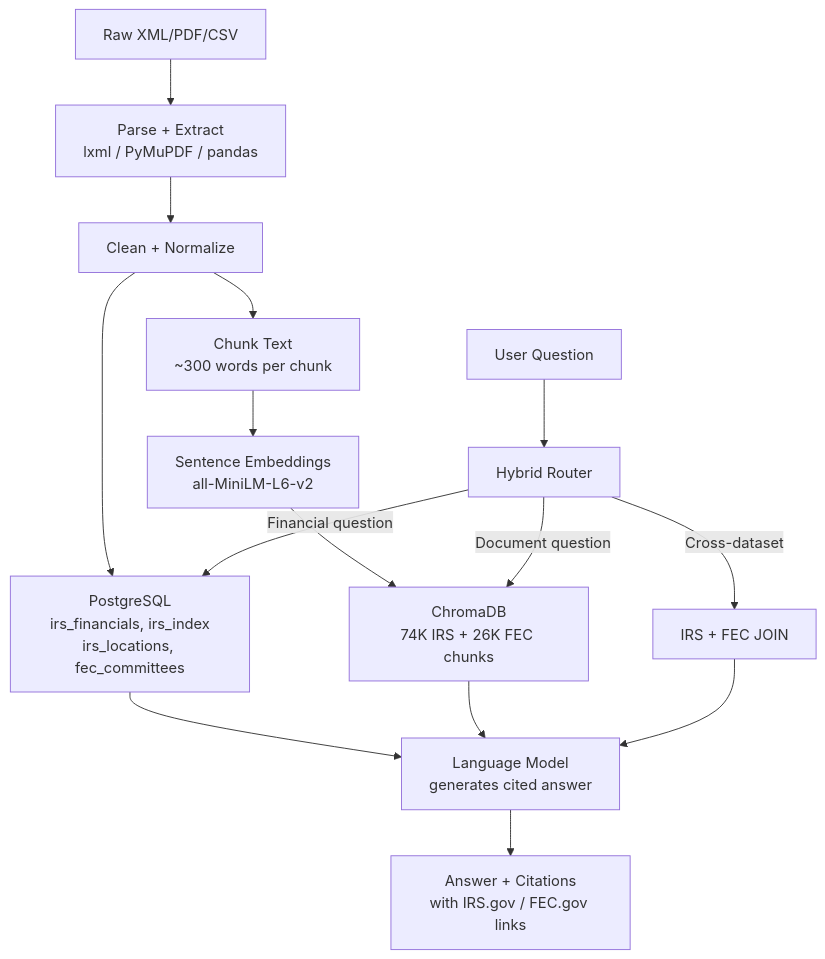
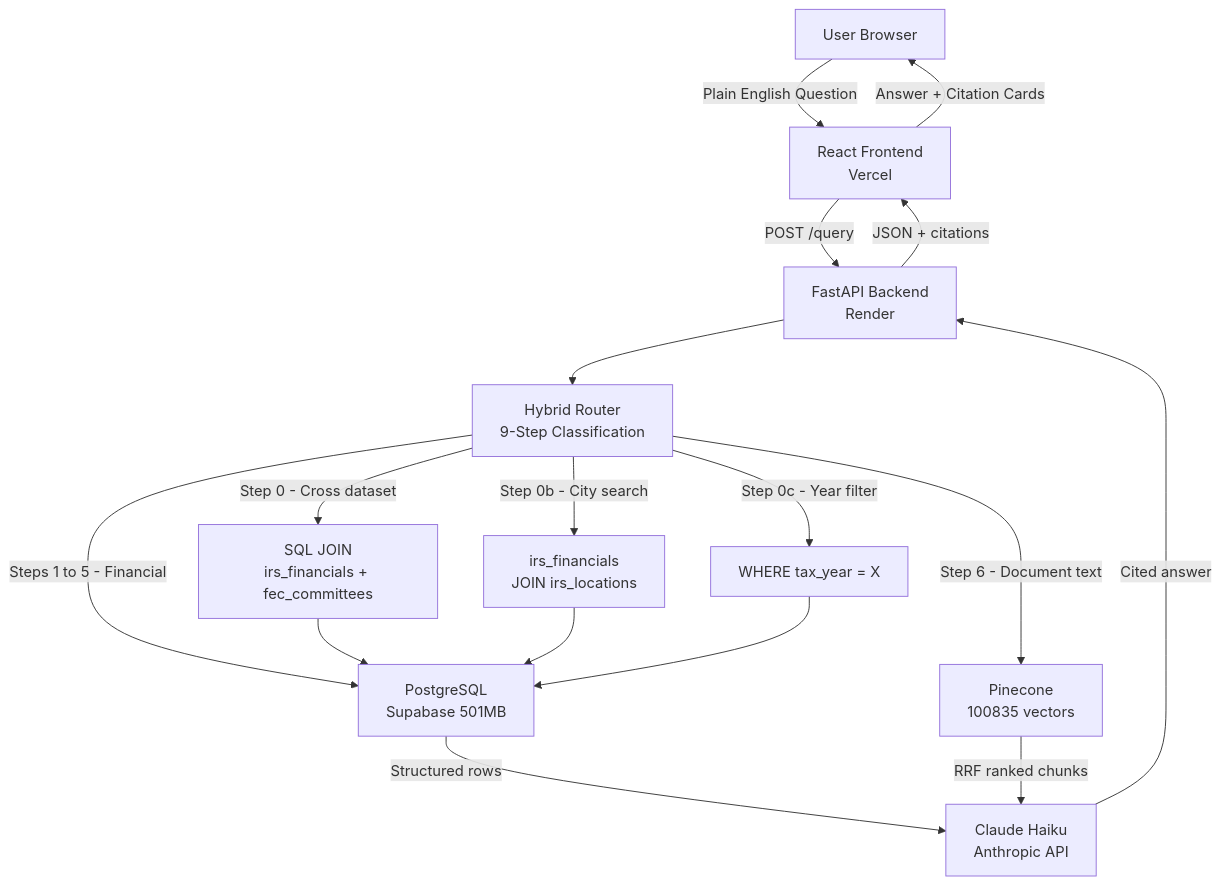
One commit to saimanikantabattula/capstone-group2-investigative-rag changed the first of 2 diagrams in README.md. Above: the diagram before and after it, drawn with Mermaid. The commit also changed other lines of this file, not shown here.

Commit message:
complete README rewrite - architecture diagrams, exact evaluation results, all features, live links

````diff
--- a/README.md
+++ b/README.md
@@ -42,17 +46,23 @@
 ```mermaid
-flowchart TB
-  A["Raw XML/PDF/CSV"] --> B["Parse + Extract\nlxml / PyMuPDF / pandas"]
-  B --> C["Clean + Normalize"]
-  C --> D["PostgreSQL\nirs_financials, irs_index\nirs_locations, fec_committees"]
-  C --> E["Chunk Text\n~300 words per chunk"]
-  E --> F["Sentence Embeddings\nall-MiniLM-L6-v2"]
-  F --> G["ChromaDB\n74K IRS + 26K FEC chunks"]
-  H["User Question"] --> I["Hybrid Router"]
-  I -->|"Cross-dataset"| J["IRS + FEC JOIN"]
-  I -->|"Financial question"| D
-  I -->|"Document question"| G
-  D --> K["Language Model\ngenerates cited answer"]
-  G --> K
-  J --> K
-  K --> L["Answer + Citations\nwith IRS.gov / FEC.gov links"]
+flowchart TD
+    User["User Browser"] -->|"Plain English Question"| FE["React Frontend\nVercel"]
+    FE -->|"POST /query"| BE["FastAPI Backend\nRender"]
+    BE --> Router["Hybrid Router\n9-Step Classification"]
+
+    Router -->|"Step 0 - Cross dataset"| JOIN["SQL JOIN\nirs_financials + fec_committees"]
+    Router -->|"Step 0b - City search"| CITY["irs_financials\nJOIN irs_locations"]
+    Router -->|"Step 0c - Year filter"| YEAR["WHERE tax_year = X"]
+    Router -->|"Steps 1 to 5 - Financial"| PG["PostgreSQL\nSupabase 501MB"]
+    Router -->|"Step 6 - Document text"| PC["Pinecone\n100835 vectors"]
+
+    JOIN --> PG
+    CITY --> PG
+    YEAR --> PG
+
+    PG -->|"Structured rows"| LLM["Claude Haiku\nAnthropic API"]
+    PC -->|"RRF ranked chunks"| LLM
+
+    LLM -->|"Cited answer"| BE
+    BE -->|"JSON + citations"| FE
+    FE -->|"Answer + Citation Cards"| User
 ```
````
